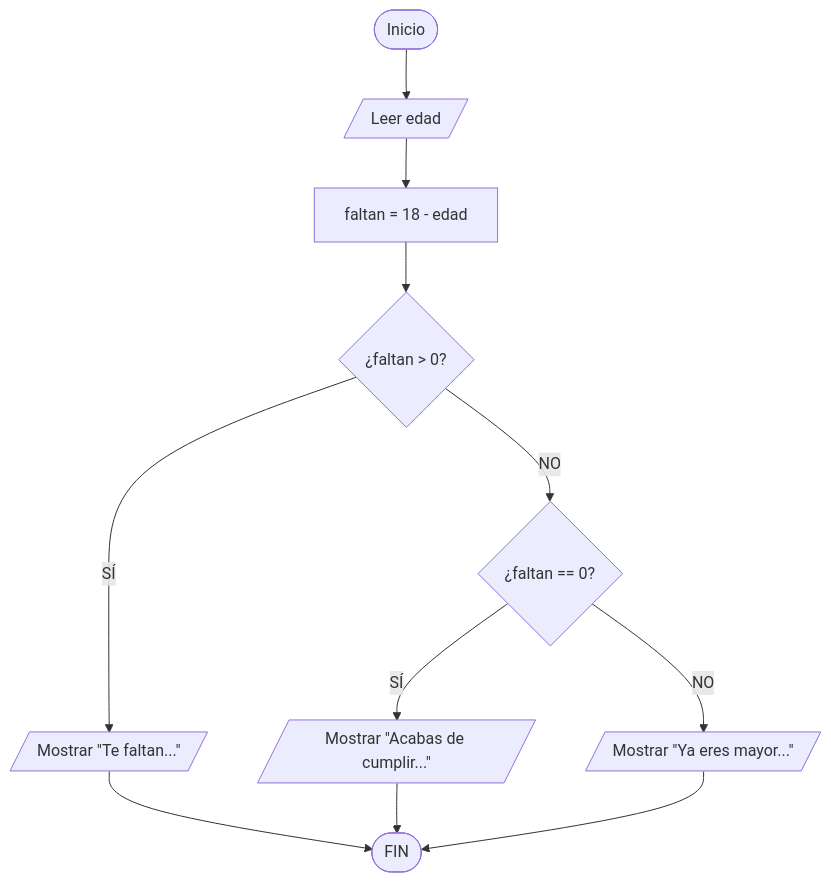
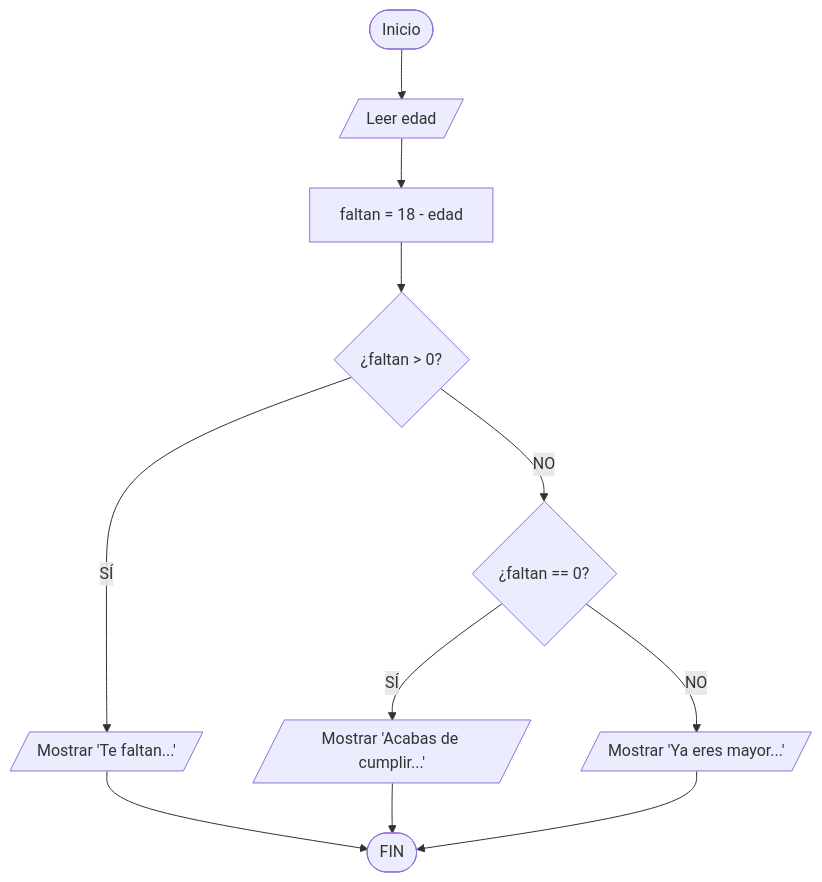
One commit to jovanyvelez/decimo changed the fifth of 22 diagrams in herramientas_algoritmicas.md. Above: the diagram before and after it, drawn with Mermaid. The commit also changed other lines of this file, not shown here.

````diff
--- a/herramientas_algoritmicas.md
+++ b/herramientas_algoritmicas.md
@@ -504,13 +504,13 @@
 ```mermaid
 graph TD
-    A([Inicio]) --> B[/Leer edad/]
-    B --> C[faltan = 18 - edad]
-    C --> D{¿faltan > 0?}
-    D -- SÍ --> E[/Mostrar "Te faltan..."/]
-    D -- NO --> F{¿faltan == 0?}
-    F -- SÍ --> G[/Mostrar "Acabas de cumplir..."/]
-    F -- NO --> H[/Mostrar "Ya eres mayor..."/]
+    A([Inicio]) --> B[/"Leer edad"/]
+    B --> C["faltan = 18 - edad"]
+    C --> D{"¿faltan > 0?"}
+    D -- SÍ --> E[/"Mostrar 'Te faltan...'"/]
+    D -- NO --> F{"¿faltan == 0?"}
+    F -- SÍ --> G[/"Mostrar 'Acabas de cumplir...'"/]
+    F -- NO --> H[/"Mostrar 'Ya eres mayor...'"/]
     E --> I([FIN])
     G --> I
     H --> I
 ```
````
